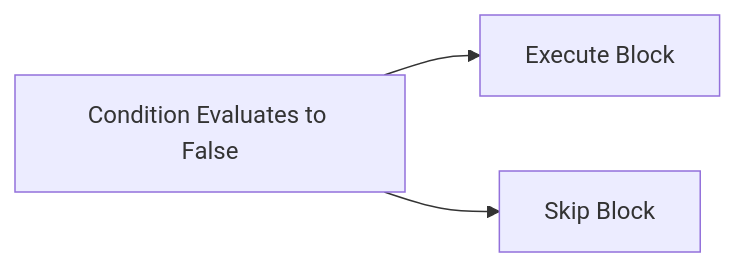
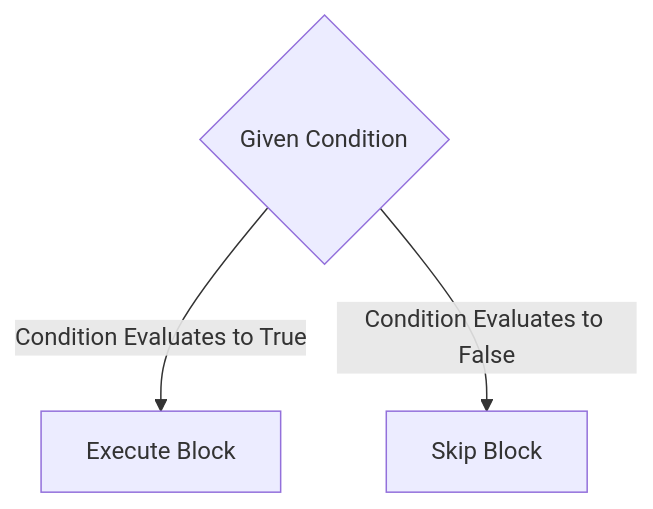
One commit to sounddrill31/course-notes-python changed the third of 5 diagrams in module1.md. Above: the diagram before and after it, drawn with Mermaid. The commit also changed other lines of this file, not shown here.

````diff
--- a/module1.md
+++ b/module1.md
@@ -995,5 +995,5 @@
 ```mermaid
-graph LR
-    A[Condition Evaluates to True] --> B[Execute Block]
-    A[Condition Evaluates to False] --> C[Skip Block]
+graph TD
+    A{Given Condition} --Condition Evaluates to True--> B[Execute Block]
+    A{Given Condition} --Condition Evaluates to False--> C[Skip Block]
 ```
````
